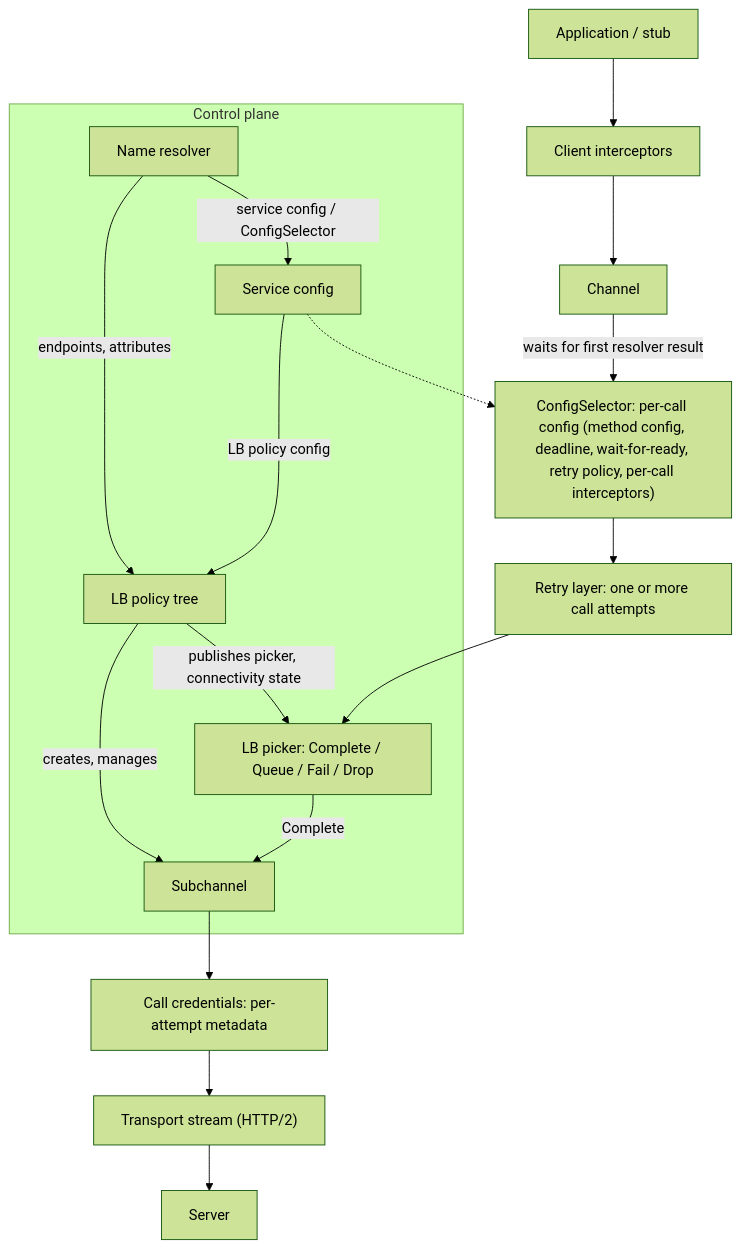
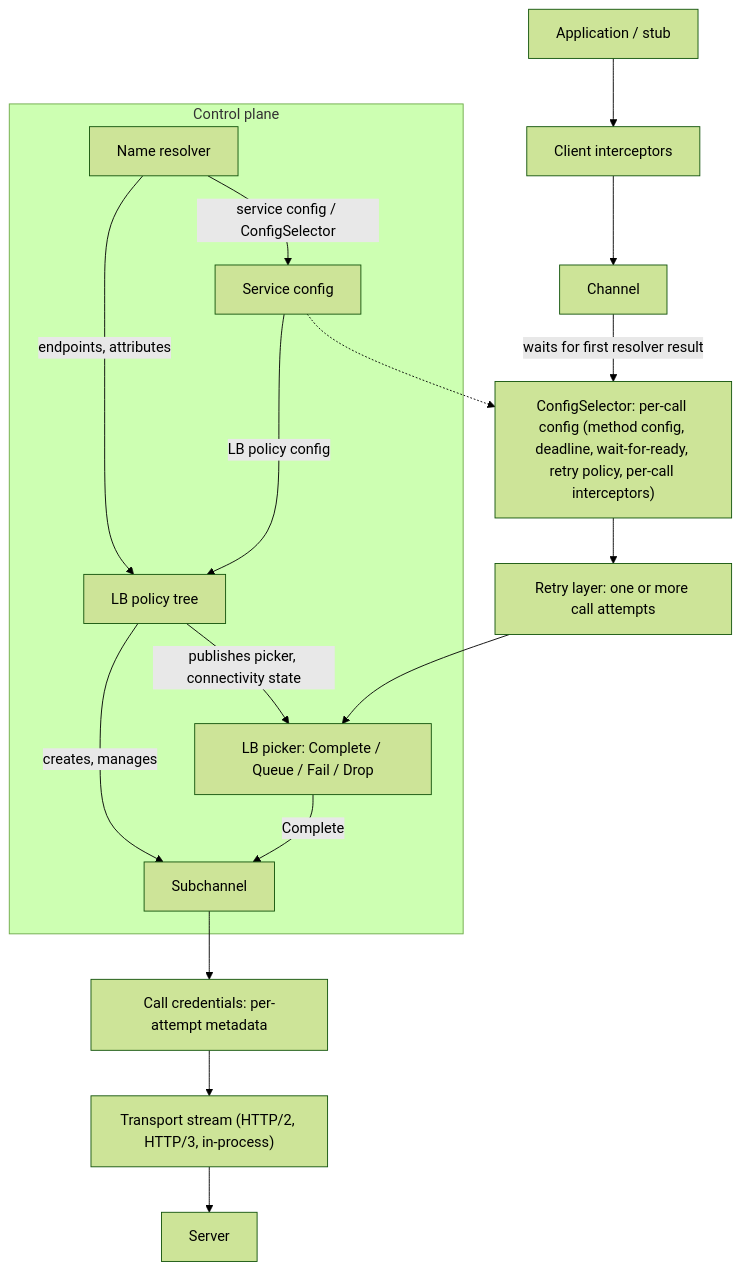
One commit to dfawley/grpc changed the first of 2 diagrams in doc/spec/01-architecture/README.md. Above: the diagram before and after it, drawn with Mermaid (forest theme). The commit also changed other lines of this file and 97 other files, not shown here.

````diff
--- a/doc/spec/01-architecture/README.md
+++ b/doc/spec/01-architecture/README.md
@@ -96,21 +96,21 @@
 ```mermaid
 flowchart TD
     App["Application / stub"] --> CI["Client interceptors"]
     CI --> Ch["Channel"]
     Ch -->|"waits for first resolver result"| CS["ConfigSelector: per-call config (method config, deadline, wait-for-ready, retry policy, per-call interceptors)"]
     CS --> RL["Retry layer: one or more call attempts"]
     RL --> PK["LB picker: Complete / Queue / Fail / Drop"]
     PK -->|"Complete"| SC["Subchannel"]
     SC --> CC["Call credentials: per-attempt metadata"]
-    CC --> TR["Transport stream (HTTP/2)"]
+    CC --> TR["Transport stream (HTTP/2, HTTP/3, in-process)"]
     TR --> Srv["Server"]
 
     subgraph ControlPlane["Control plane"]
         Res["Name resolver"] -->|"endpoints, attributes"| LB["LB policy tree"]
         Res -->|"service config / ConfigSelector"| SvcCfg["Service config"]
         SvcCfg -->|"LB policy config"| LB
         LB -->|"creates, manages"| SC
         LB -->|"publishes picker, connectivity state"| PK
     end
     SvcCfg -.-> CS
 ```
````
